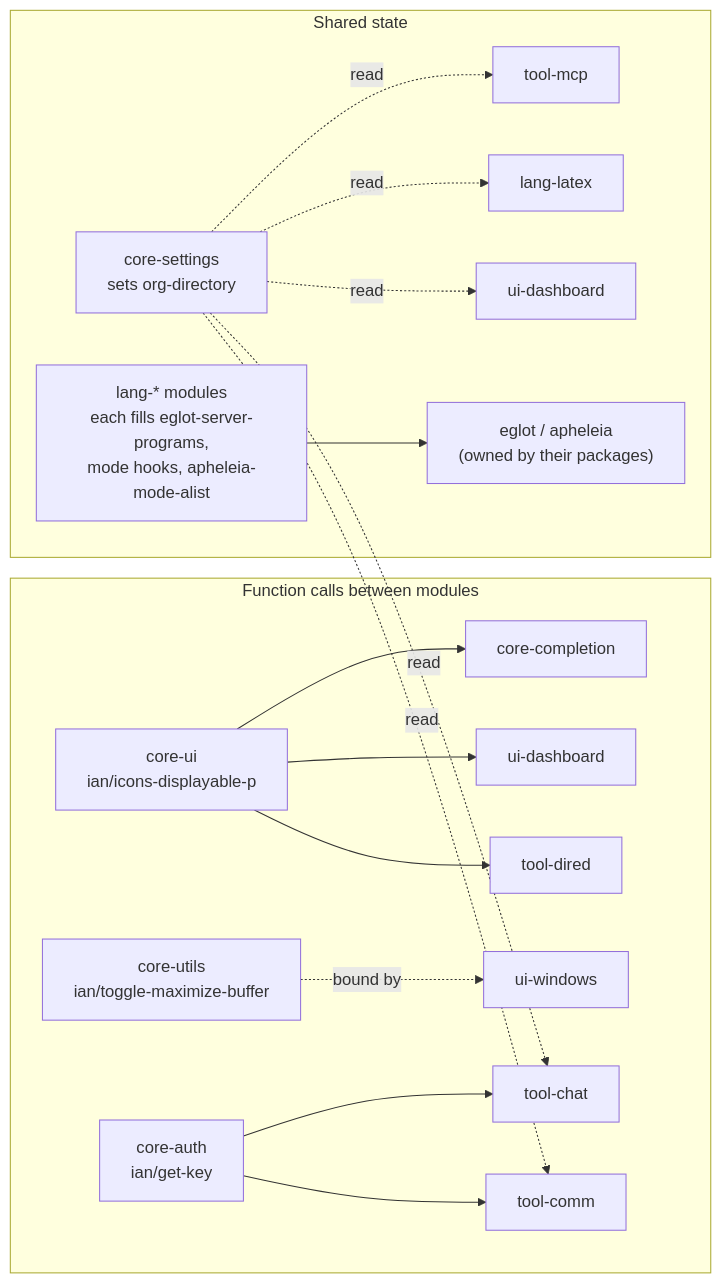
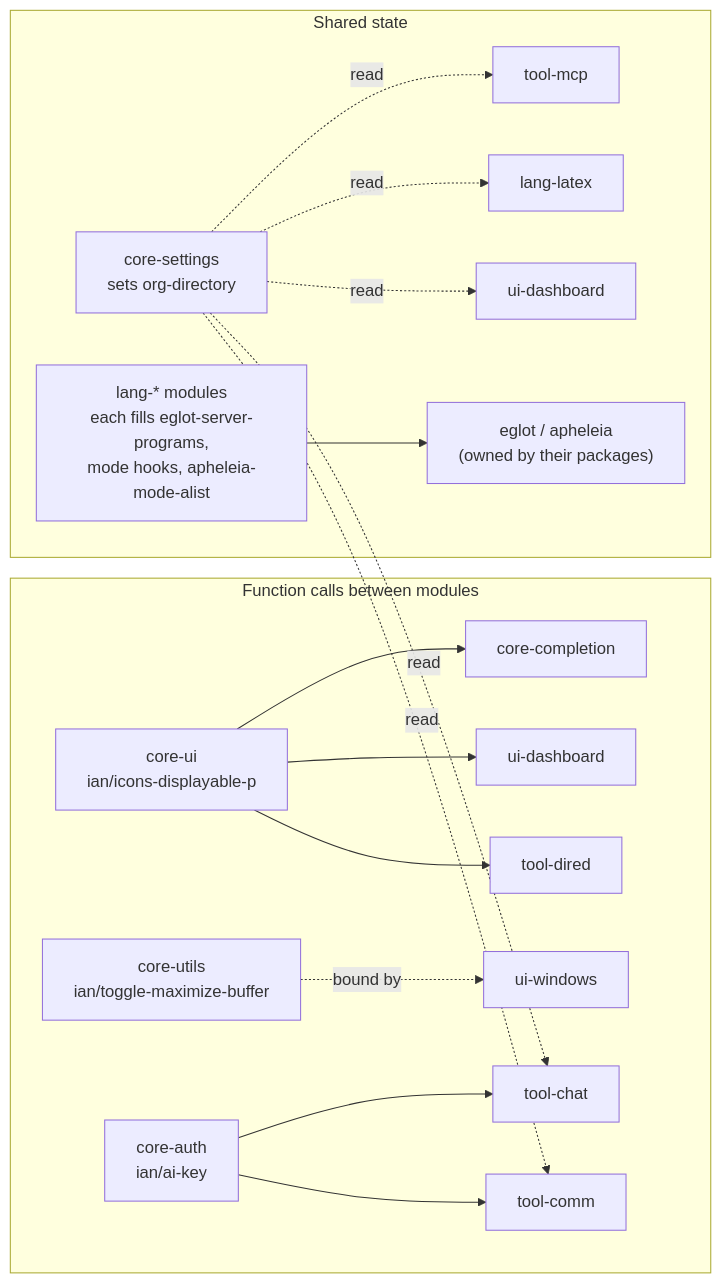
Before and after one commit to ianffcs/my-emacs-init: the second of 3 diagrams in docs/ARCHITECTURE.md, drawn with Mermaid. The commit also changed other lines of this file and 28 other files, not shown here.

````diff
--- a/docs/ARCHITECTURE.md
+++ b/docs/ARCHITECTURE.md
@@ -26,19 +26,19 @@
 ```mermaid
 flowchart LR
   subgraph fn["Function calls between modules"]
     CU["core-ui<br/>ian/icons-displayable-p"] --> CC[core-completion]
     CU --> UD[ui-dashboard]
     CU --> TD[tool-dired]
     CUT["core-utils<br/>ian/toggle-maximize-buffer"] -.bound by.-> UW[ui-windows]
-    CA["core-auth<br/>ian/get-key"] --> TCH[tool-chat]
+    CA["core-auth<br/>ian/ai-key"] --> TCH[tool-chat]
     CA --> TC[tool-comm]
   end
   subgraph state["Shared state"]
     CS["core-settings<br/>sets org-directory"] -.read.-> TCH[tool-chat]
     CS -.read.-> TM[tool-mcp]
     CS -.read.-> TC[tool-comm]
     CS -.read.-> LX[lang-latex]
     CS -.read.-> UD2[ui-dashboard]
     LM["lang-* modules<br/>each fills eglot-server-programs,<br/>mode hooks, apheleia-mode-alist"] --> ED["eglot / apheleia<br/>(owned by their packages)"]
   end
 ```
````
